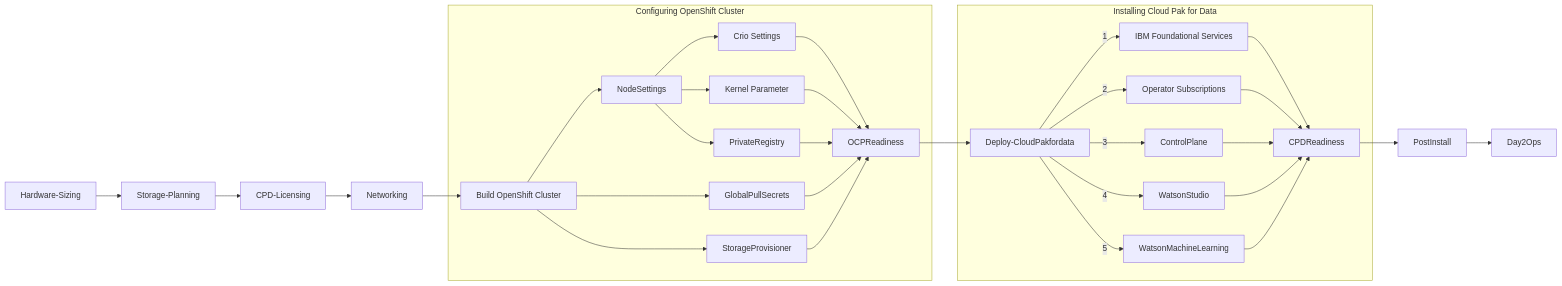
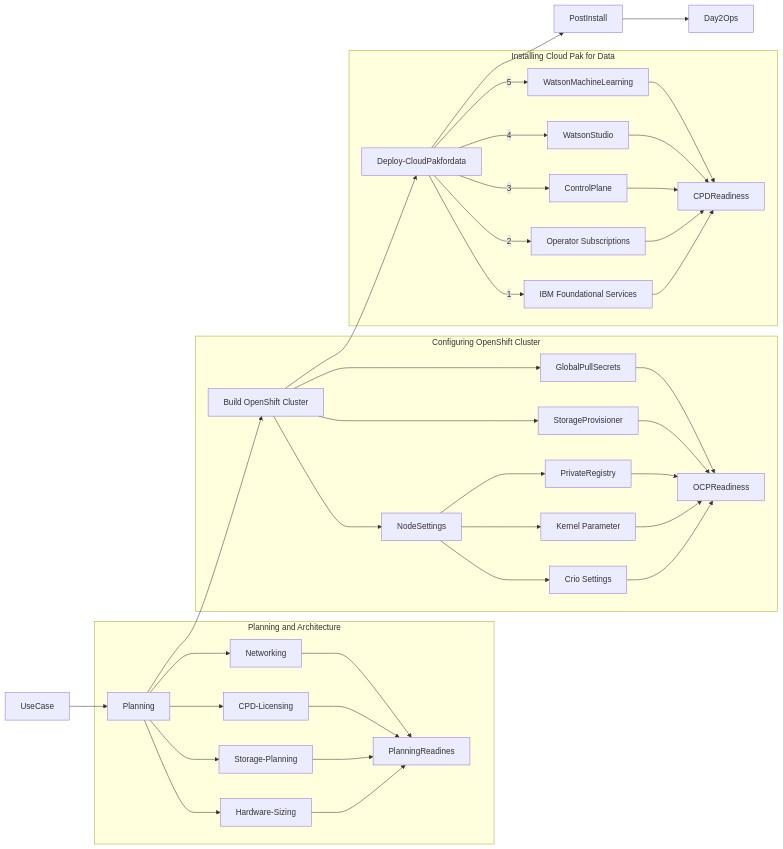
One commit to ekambaraml/IBM-Cloud-Pak-for-Data changed the first of 2 diagrams in cpd45-deployment.md. Above: the diagram before and after it, drawn with Mermaid.

````diff
--- a/cpd45-deployment.md
+++ b/cpd45-deployment.md
@@ -87,40 +87,48 @@
 ```mermaid
 graph LR
+    UseCase --> Planning
+    subgraph Architecture[Planning and Architecture]
+    Planning --> Hardware-Sizing
+    Planning --> Storage-Planning
+    Planning --> CPD-Licensing
+    Planning -->  Networking
+    Hardware-Sizing --> PlanningReadines
+    Storage-Planning --> PlanningReadines
+    Networking --> PlanningReadines
+    CPD-Licensing --> PlanningReadines
+    end
     
-    Hardware-Sizing --> Storage-Planning
-    Storage-Planning --> CPD-Licensing
-    CPD-Licensing -->  Networking
-    Networking --> OpenShift[Build OpenShift Cluster]
-    CPDReadiness --> PostInstall
-    PostInstall-->Day2Ops
+    Planning --> OpenShift[Build OpenShift Cluster]
+
     
     subgraph OCP[Configuring OpenShift Cluster]
     OpenShift --> NodeSettings
     OpenShift --> StorageProvisioner
     OpenShift --> GlobalPullSecrets
     NodeSettings --> CRIO[Crio Settings]
     NodeSettings --> Kernel[Kernel Parameter]
     NodeSettings --> PrivateRegistry
 
     CRIO[Crio Settings] -->OCPReadiness
     Kernel[Kernel Parameter] -->OCPReadiness
     PrivateRegistry  -->OCPReadiness
     GlobalPullSecrets   -->OCPReadiness
     StorageProvisioner   -->OCPReadiness
     end
     
-    OCPReadiness  --> Deploy-CloudPakfordata
+    OpenShift  --> Deploy-CloudPakfordata
     subgraph OLM[Installing Cloud Pak for Data]
     Deploy-CloudPakfordata -->|1| Foundation[IBM Foundational Services]
     Deploy-CloudPakfordata -->|2| Operators[Operator Subscriptions]
     Deploy-CloudPakfordata -->|3| ControlPlane
     Deploy-CloudPakfordata -->|4| WatsonStudio
     Deploy-CloudPakfordata -->|5| WatsonMachineLearning
     Foundation --> CPDReadiness
     Operators  --> CPDReadiness
     ControlPlane  --> CPDReadiness
     WatsonStudio  --> CPDReadiness
     WatsonMachineLearning  --> CPDReadiness
     end
-
+    Deploy-CloudPakfordata --> PostInstall
+    PostInstall-->Day2Ops
 ```
````
